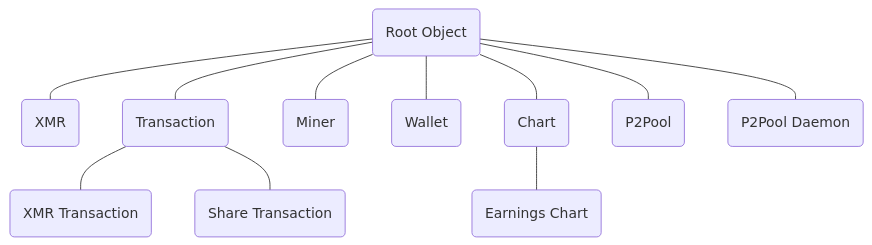
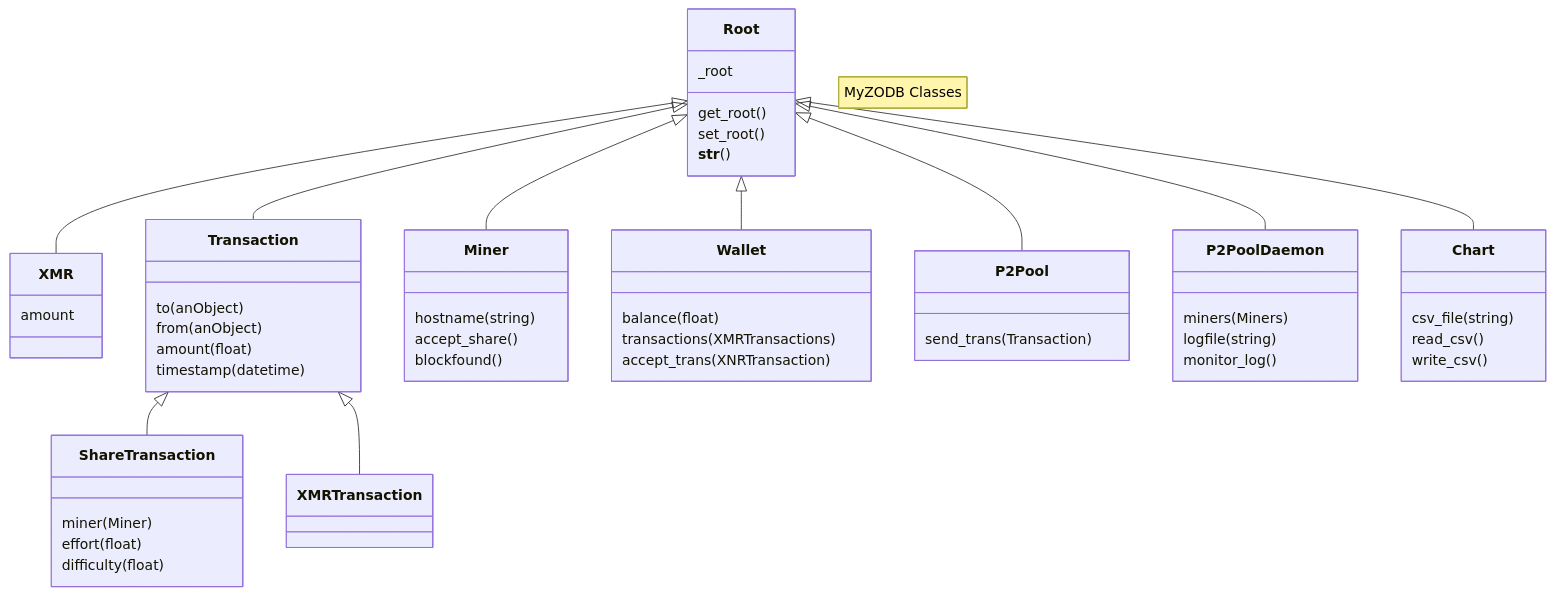
Before and after one commit to NadimGhaznavi/myzodb: the diagram in _posts/2024-06-02-Class-Hierarchy.md, drawn with Mermaid. The commit also changed other lines of this file and 28 other files, not shown here.

```diff
--- a/_posts/2024-06-02-Class-Hierarchy.md
+++ b/_posts/2024-06-02-Class-Hierarchy.md
@@ -9,13 +8,56 @@
 <pre class="mermaid">
-  flowchart TD
-  A(Root Object) --- B(XMR)
-  A --- C(Transaction)
-  C --- D(XMR Transaction)
-  C --- E(Share Transaction)
-  A --- F(Miner)
-  A --- G(Wallet)
-  A --- H(Chart)
-  H --- I(Earnings Chart)
-  A --- J(P2Pool)
-  A --- K(P2Pool Daemon)
+    classDiagram
+    note "MyZODB Classes"
+    Root <|-- XMR
+    Root <|-- Transaction
+    Transaction <|-- ShareTransaction
+    Transaction <|-- XMRTransaction
+    Root <|-- Miner
+    Root <|-- Wallet
+    Root <|-- P2Pool
+    Root <|-- P2PoolDaemon
+    Root <|-- Chart
+    class Root{
+        _root
+        get_root()
+        set_root()
+        __str__()
+    }
+    class XMR{
+        amount
+    }
+    class Transaction{
+        to (anObject) 
+        from (anObject)
+        amount (float)
+        timestamp (datetime)
+    }
+    class ShareTransaction{
+        miner (Miner)
+        effort (float)
+        difficulty (float)
+    }
+    class Chart{
+        csv_file (string)
+        read_csv()
+        write_csv()
+    }
+    class Miner{
+        hostname (string)
+        accept_share()
+        blockfound()
+    }
+    class Wallet{
+        balance (float)
+        transactions (XMRTransactions)
+        accept_trans(XNRTransaction)
+    }
+    class P2Pool{
+        send_trans(Transaction)
+    }
+    class P2PoolDaemon{
+        miners (Miners)
+        logfile (string)
+        monitor_log()
+    }
 </pre>
```
